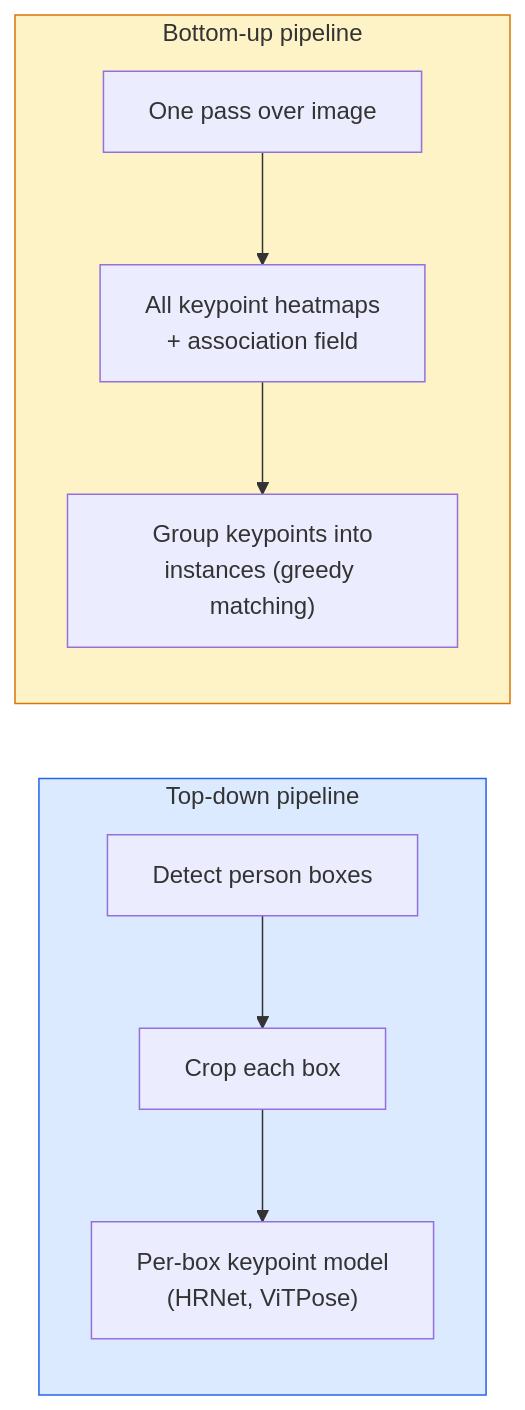
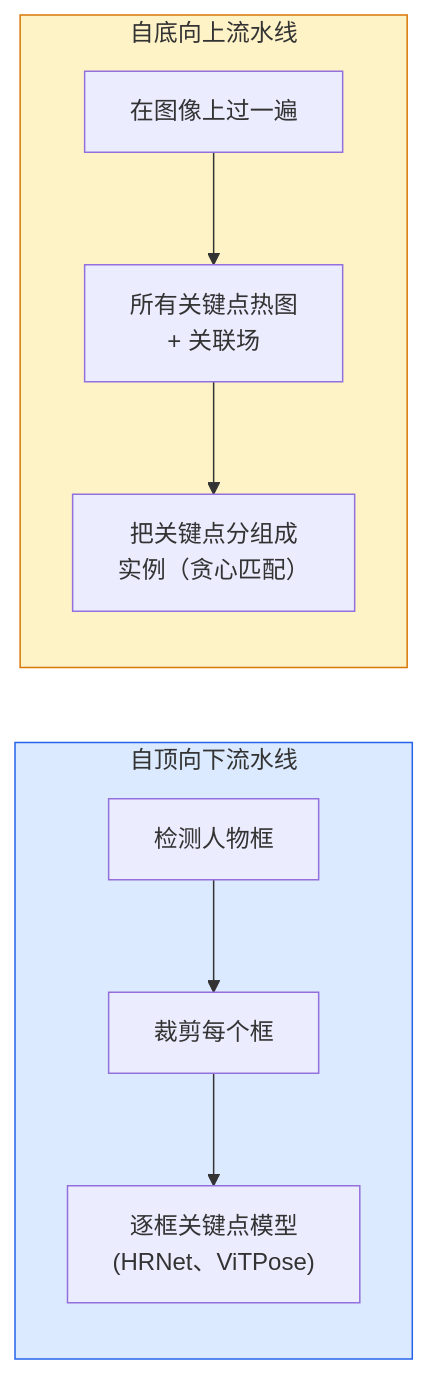
Before and after one commit to alessandrodinisio-ai/ai-engineering-learning-framework: the diagram in phases/04-computer-vision/21-keypoint-pose/docs/en.md, drawn with Mermaid. The commit also changed other lines of this file and 443 other files, not shown here.

First line of the commit message:
feat(zh): 完成 435 节课程文档 + README/ROADMAP/术语表 + 网站 UI 全量中文化

````diff
--- a/phases/04-computer-vision/21-keypoint-pose/docs/en.md
+++ b/phases/04-computer-vision/21-keypoint-pose/docs/en.md
@@ -29,14 +29,14 @@
 ```mermaid
 flowchart LR
-    subgraph TD["Top-down pipeline"]
-        A1["Detect person boxes"] --> A2["Crop each box"]
-        A2 --> A3["Per-box keypoint model<br/>(HRNet, ViTPose)"]
+    subgraph TD["自顶向下流水线"]
+        A1["检测人物框"] --> A2["裁剪每个框"]
+        A2 --> A3["逐框关键点模型<br/>(HRNet、ViTPose)"]
     end
-    subgraph BU["Bottom-up pipeline"]
-        B1["One pass over image"] --> B2["All keypoint heatmaps<br/>+ association field"]
-        B2 --> B3["Group keypoints into<br/>instances (greedy matching)"]
+    subgraph BU["自底向上流水线"]
+        B1["在图像上过一遍"] --> B2["所有关键点热图<br/>+ 关联场"]
+        B2 --> B3["把关键点分组成<br/>实例（贪心匹配）"]
     end
 
     style TD fill:#dbeafe,stroke:#2563eb
     style BU fill:#fef3c7,stroke:#d97706
 ```
````
